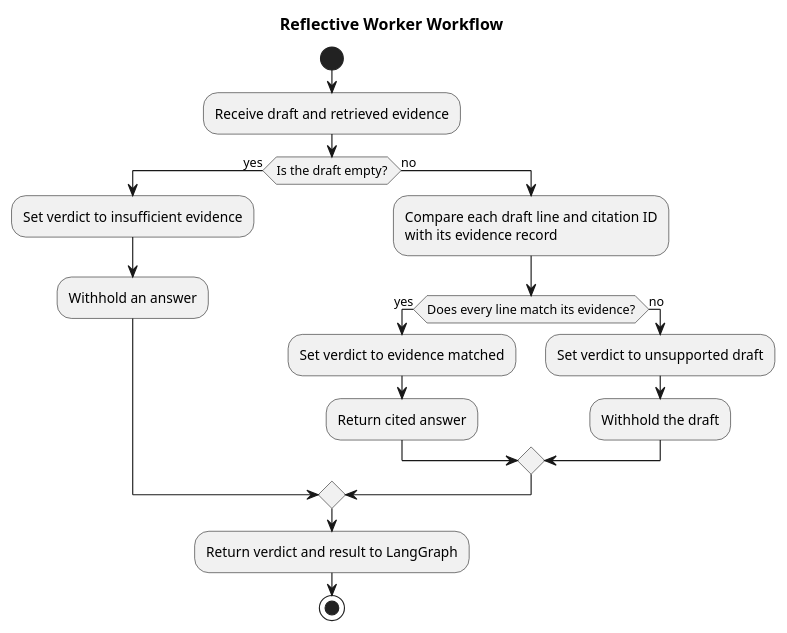
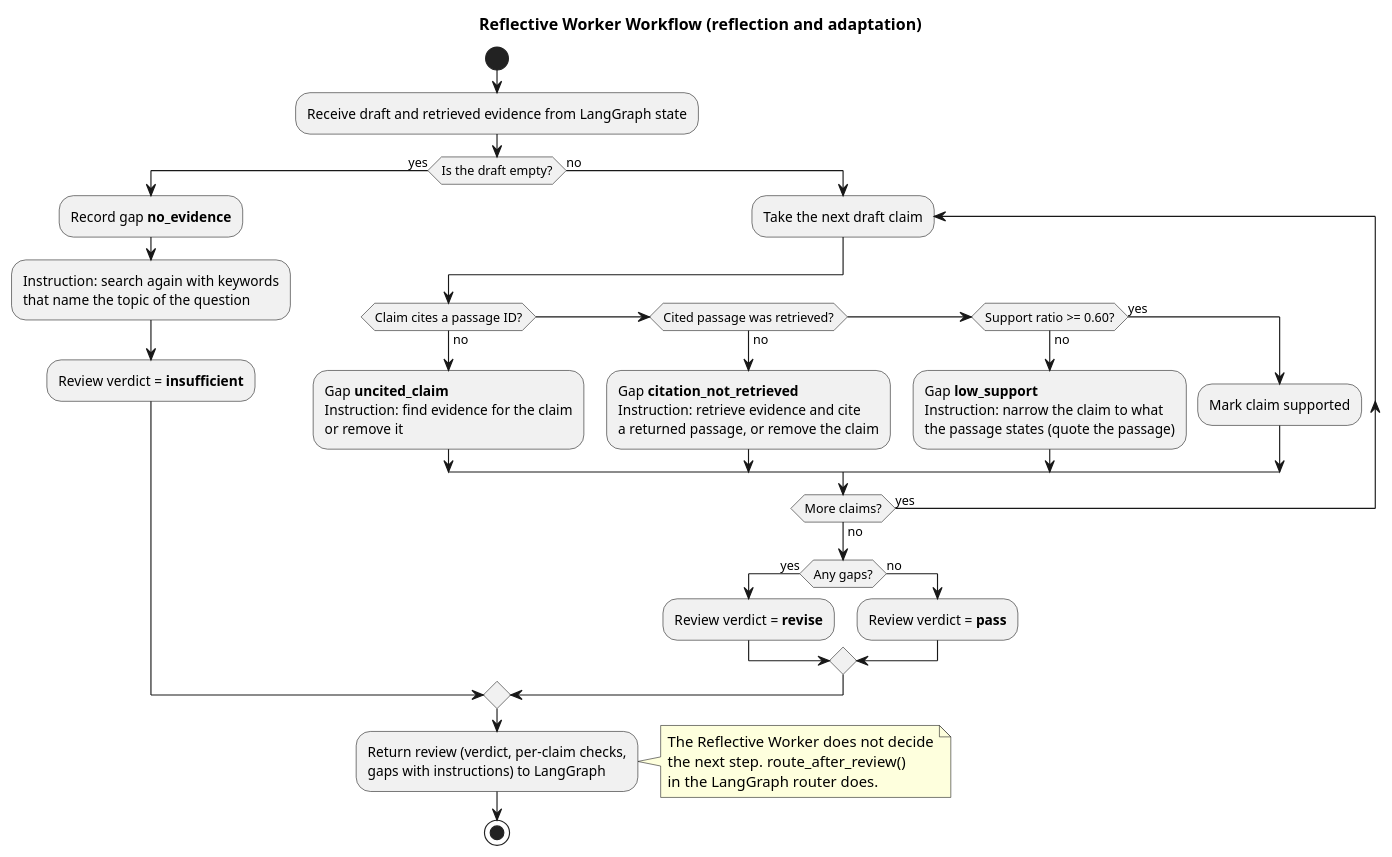
Before and after one commit to vkulesh-netizen/group-1: the diagram in diagrams/reflect_workflow.puml, drawn with PlantUML. The commit also changed 49 other files, not shown here.

First line of the commit message:
Make reflection and adaptation explicit, add JSON feedback logs, split tool and agent layers

```diff
--- a/diagrams/reflect_workflow.puml
+++ b/diagrams/reflect_workflow.puml
@@ -1,26 +1,46 @@
 @startuml
-title Reflective Worker Workflow
+title Reflective Worker Workflow (reflection and adaptation)
 
 start
-:Receive draft and retrieved evidence;
+:Receive draft and retrieved evidence from LangGraph state;
 
 if (Is the draft empty?) then (yes)
-    :Set verdict to insufficient evidence;
-    :Withhold an answer;
+    :Record gap **no_evidence**;
+    :Instruction: search again with keywords
+    that name the topic of the question;
+    :Review verdict = **insufficient**;
 else (no)
-    :Compare each draft line and citation ID
-    with its evidence record;
-
-    if (Does every line match its evidence?) then (yes)
-        :Set verdict to evidence matched;
-        :Return cited answer;
+    repeat :Take the next draft claim;
+        if (Claim cites a passage ID?) then (no)
+            :Gap **uncited_claim**
+            Instruction: find evidence for the claim
+            or remove it;
+        elseif (Cited passage was retrieved?) then (no)
+            :Gap **citation_not_retrieved**
+            Instruction: retrieve evidence and cite
+            a returned passage, or remove the claim;
+        elseif (Support ratio >= 0.60?) then (no)
+            :Gap **low_support**
+            Instruction: narrow the claim to what
+            the passage states (quote the passage);
+        else (yes)
+            :Mark claim supported;
+        endif
+    repeat while (More claims?) is (yes) not (no)
+    if (Any gaps?) then (yes)
+        :Review verdict = **revise**;
     else (no)
-        :Set verdict to unsupported draft;
-        :Withhold the draft;
+        :Review verdict = **pass**;
     endif
 endif
 
-:Return verdict and result to LangGraph;
+:Return review (verdict, per-claim checks,
+gaps with instructions) to LangGraph;
+note right
+  The Reflective Worker does not decide
+  the next step. route_after_review()
+  in the LangGraph router does.
+end note
 stop
 
 @enduml
```
